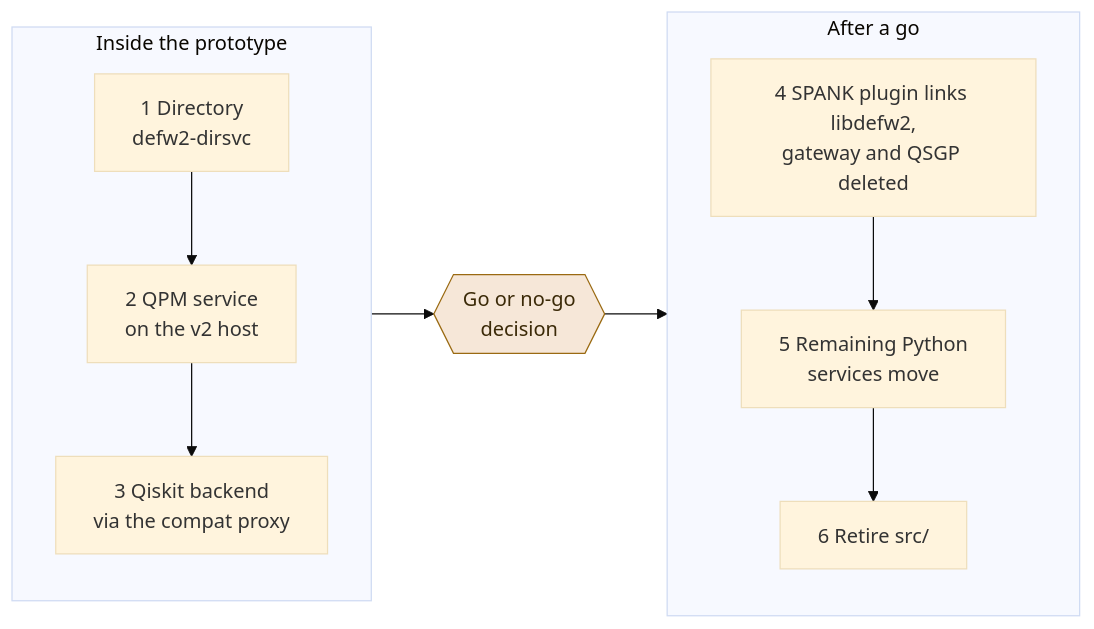
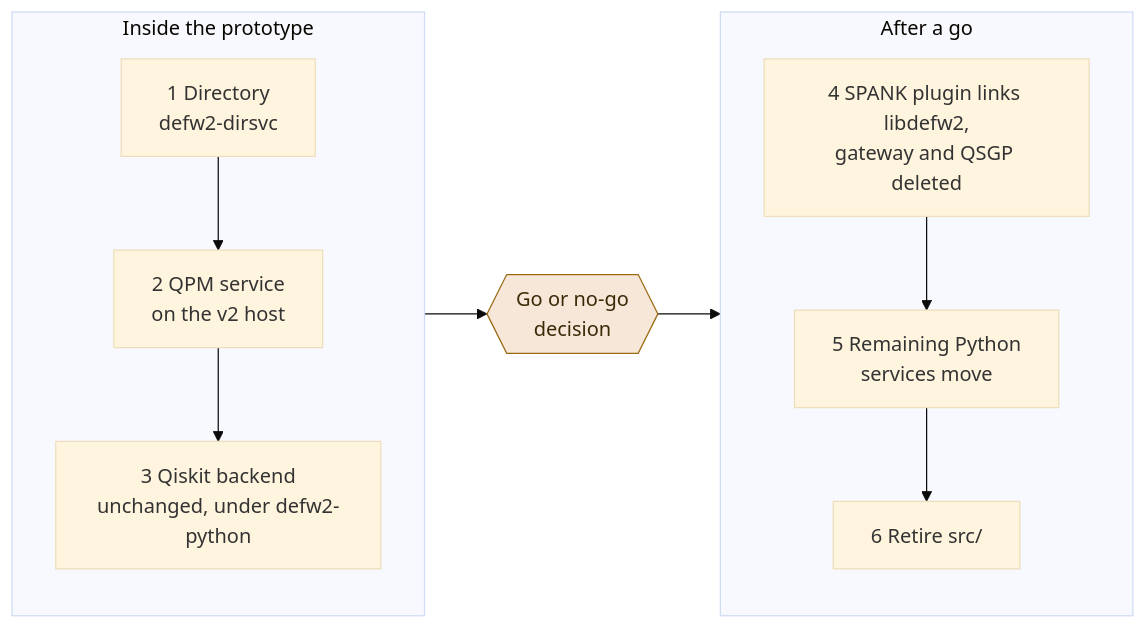
The ninth of 9 diagrams in docs/design_v2.md (openQSE/DEFw), drawn with Mermaid (base theme) before and after one commit. The commit also changed other lines of this file and 2 other files, not shown here.

First line of the commit message:
DEFw: document defw2.compat

````diff
--- a/docs/design_v2.md
+++ b/docs/design_v2.md
@@ -1274,22 +1348,22 @@
 ```mermaid
 flowchart LR
     subgraph Proto["Inside the prototype"]
         direction TB
         S1["1 Directory<br/>defw2-dirsvc"]
         S2["2 QPM service<br/>on the v2 host"]
-        S3["3 Qiskit backend<br/>via the compat proxy"]
+        S3["3 Qiskit backend<br/>unchanged, under defw2-python"]
         S1 --> S2 --> S3
     end
     G{{"Go or no-go<br/>decision"}}
     subgraph After["After a go"]
         direction TB
         S4["4 SPANK plugin links libdefw2,<br/>gateway and QSGP deleted"]
         S5["5 Remaining Python<br/>services move"]
         S6["6 Retire src/"]
         S4 --> S5 --> S6
     end
     S3 --> G --> S4
 
     classDef gate fill:#f6e7d8,stroke:#9a6a12,color:#3b2a08
     class G gate
 ```
````
